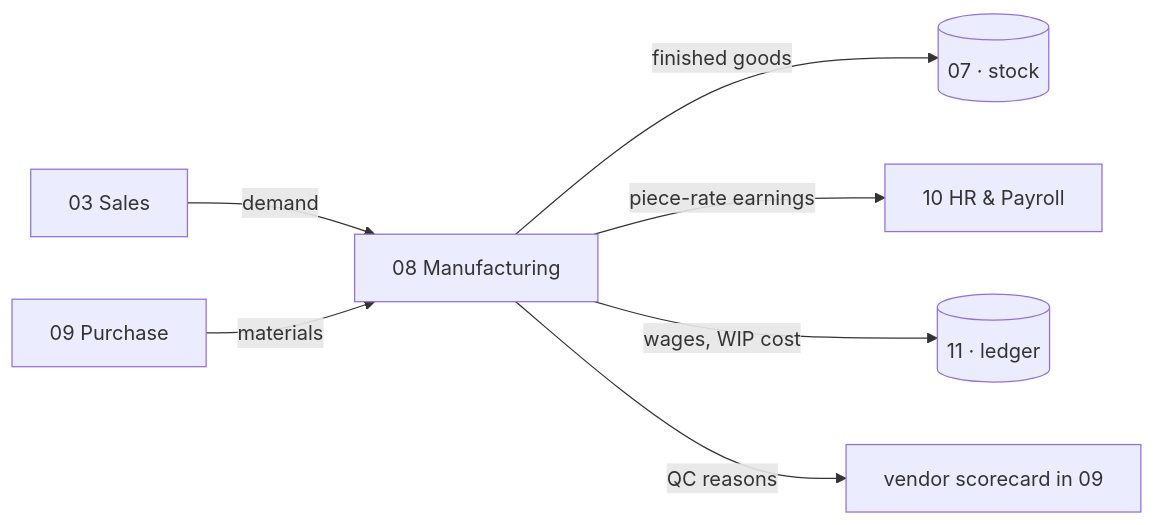
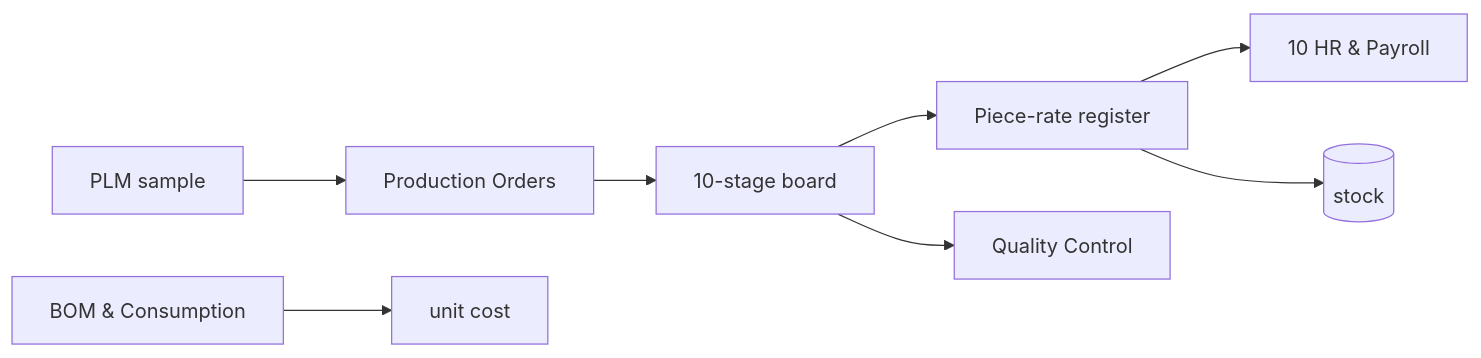
Before and after one commit to vastrangam/AI_Content_Engine: the eighth of 16 diagrams in VASTRANGAM_MODULES_COMPLETE.md, drawn with Mermaid. The commit also changed other lines of this file and 1 other file, not shown here.

First line of the commit message:
Rewrite module book at app + screen level (78 apps, BUILT/SPEC marked)

````diff
--- a/VASTRANGAM_MODULES_COMPLETE.md
+++ b/VASTRANGAM_MODULES_COMPLETE.md
@@ -684,9 +599,10 @@
 ```mermaid
 flowchart LR
-  S[03 Sales] -->|demand| MF[08 Manufacturing]
-  P[09 Purchase] -->|materials| MF
-  MF -->|finished goods| INV[(07 · stock)]
-  MF -->|piece-rate earnings| HR[10 HR & Payroll]
-  MF -->|wages, WIP cost| GL[(11 · ledger)]
-  MF -->|QC reasons| VS[vendor scorecard in 09]
+  SPEC2[PLM sample] --> PO[Production Orders]
+  PO --> STG[10-stage board]
+  STG --> KAR[Piece-rate register]
+  KAR --> HR[10 HR & Payroll]
+  BOM[BOM & Consumption] --> COST[unit cost]
+  STG --> QC[Quality Control]
+  KAR --> INV[(stock)]
 ```
````
